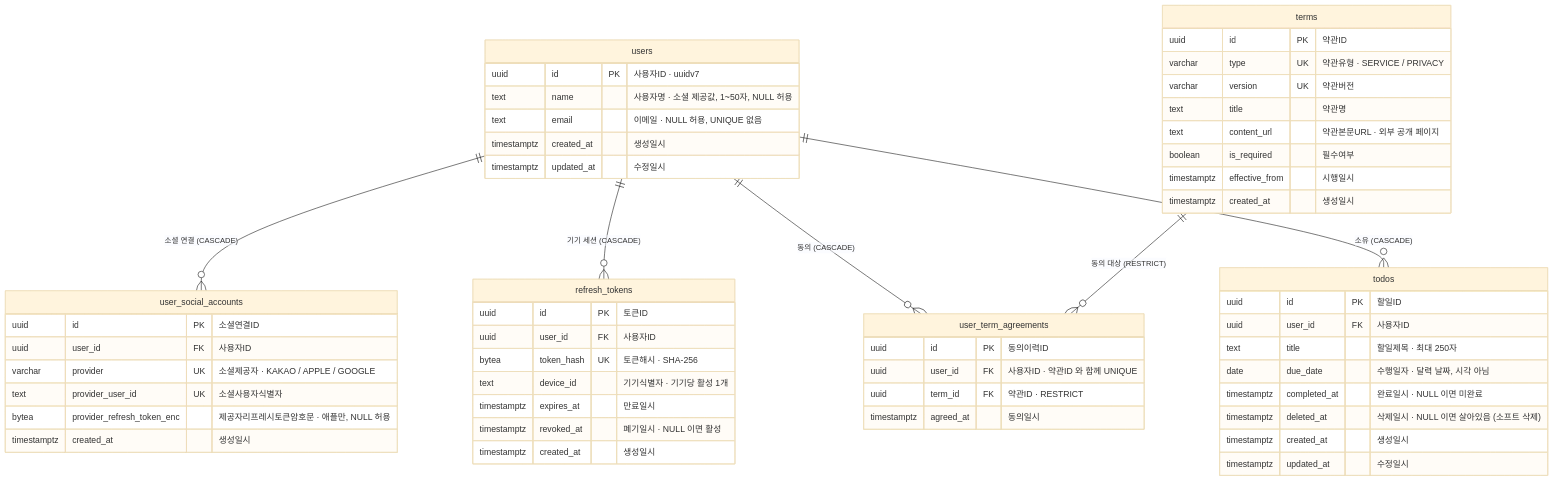
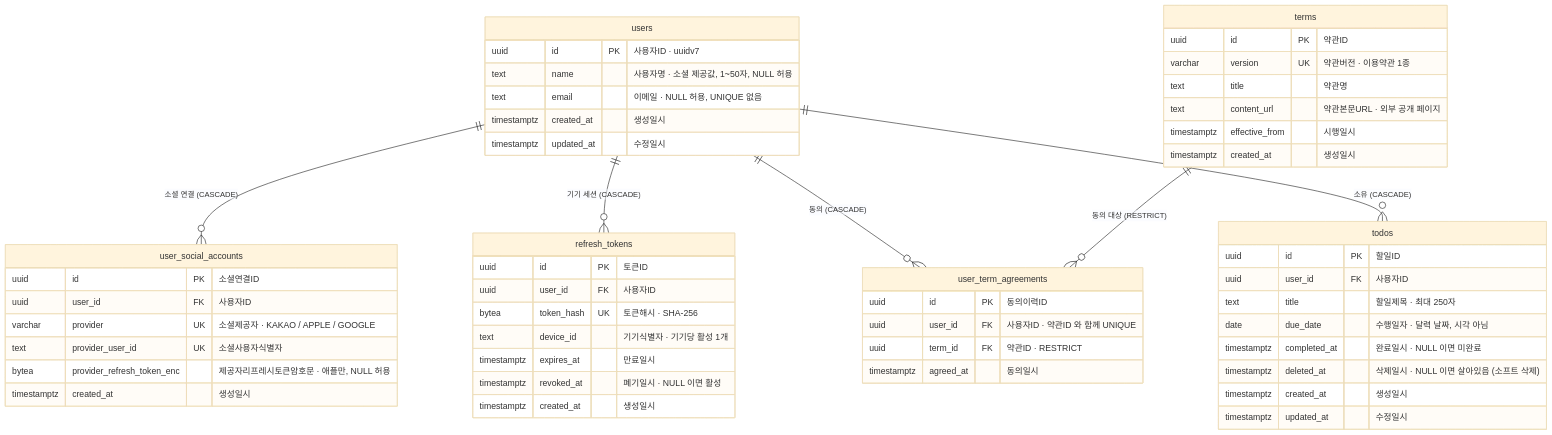
The second of 3 diagrams in docs/spec/04-erd.md (sunhojeongbin/harukok-be), drawn with Mermaid (base theme) before and after one commit. The commit also changed other lines of this file and 4 other files, not shown here.

````diff
--- a/docs/spec/04-erd.md
+++ b/docs/spec/04-erd.md
@@ -89,64 +87,62 @@
 ```mermaid
 erDiagram
     users ||--o{ user_social_accounts : "소셜 연결 (CASCADE)"
     users ||--o{ refresh_tokens : "기기 세션 (CASCADE)"
     users ||--o{ user_term_agreements : "동의 (CASCADE)"
     terms ||--o{ user_term_agreements : "동의 대상 (RESTRICT)"
     users ||--o{ todos : "소유 (CASCADE)"
 
     users {
         uuid id PK "사용자ID · uuidv7"
         text name "사용자명 · 소셜 제공값, 1~50자, NULL 허용"
         text email "이메일 · NULL 허용, UNIQUE 없음"
         timestamptz created_at "생성일시"
         timestamptz updated_at "수정일시"
     }
 
     user_social_accounts {
         uuid id PK "소셜연결ID"
         uuid user_id FK "사용자ID"
         varchar provider UK "소셜제공자 · KAKAO / APPLE / GOOGLE"
         text provider_user_id UK "소셜사용자식별자"
         bytea provider_refresh_token_enc "제공자리프레시토큰암호문 · 애플만, NULL 허용"
         timestamptz created_at "생성일시"
     }
 
     refresh_tokens {
         uuid id PK "토큰ID"
         uuid user_id FK "사용자ID"
         bytea token_hash UK "토큰해시 · SHA-256"
         text device_id "기기식별자 · 기기당 활성 1개"
         timestamptz expires_at "만료일시"
         timestamptz revoked_at "폐기일시 · NULL 이면 활성"
         timestamptz created_at "생성일시"
     }
 
     terms {
         uuid id PK "약관ID"
-        varchar type UK "약관유형 · SERVICE / PRIVACY"
-        varchar version UK "약관버전"
+        varchar version UK "약관버전 · 이용약관 1종"
         text title "약관명"
         text content_url "약관본문URL · 외부 공개 페이지"
-        boolean is_required "필수여부"
         timestamptz effective_from "시행일시"
         timestamptz created_at "생성일시"
     }
 
     user_term_agreements {
         uuid id PK "동의이력ID"
         uuid user_id FK "사용자ID · 약관ID 와 함께 UNIQUE"
         uuid term_id FK "약관ID · RESTRICT"
         timestamptz agreed_at "동의일시"
     }
 
     todos {
         uuid id PK "할일ID"
         uuid user_id FK "사용자ID"
         text title "할일제목 · 최대 250자"
         date due_date "수행일자 · 달력 날짜, 시각 아님"
         timestamptz completed_at "완료일시 · NULL 이면 미완료"
         timestamptz deleted_at "삭제일시 · NULL 이면 살아있음 (소프트 삭제)"
         timestamptz created_at "생성일시"
         timestamptz updated_at "수정일시"
     }
 ```
````
